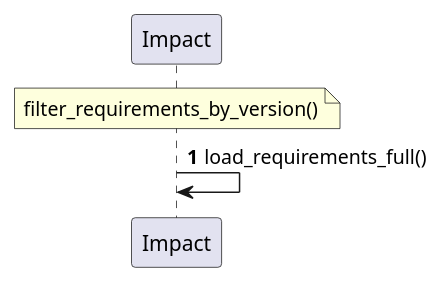
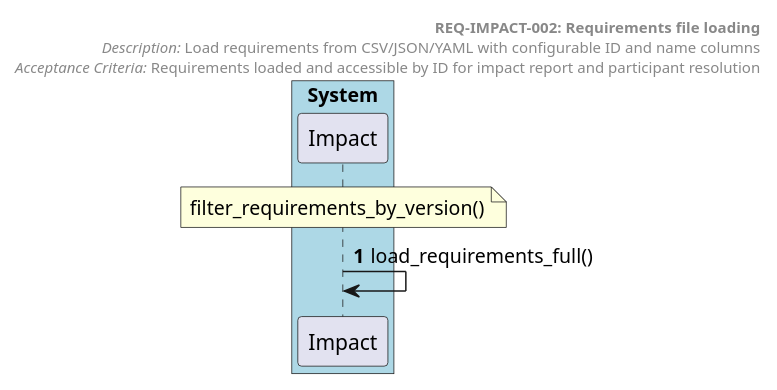
One commit to tvanfossen/doxygen-guard changed the diagram in docs/generated/sequences/REQ-IMPACT-002.puml. Above: the diagram before and after it, drawn with PlantUML. The commit also changed 18 other files, not shown here.

```diff
--- a/docs/generated/sequences/REQ-IMPACT-002.puml
+++ b/docs/generated/sequences/REQ-IMPACT-002.puml
@@ -1,10 +1,18 @@
-@startuml REQ-IMPACT-002
+@startuml REQ-IMPACT-002 Requirements file loading
 autonumber
 
-participant "Impact" as Impact
+box "System" #LightBlue
+  participant "Impact" as Impact
+end box
+
+header
+  **REQ-IMPACT-002: Requirements file loading**
+  //Description:// Load requirements from CSV/JSON/YAML with configurable ID and name columns
+  //Acceptance Criteria:// Requirements loaded and accessible by ID for impact report and participant resolution
+end header
 
 note over Impact: filter_requirements_by_version()
 
 Impact -> Impact: load_requirements_full()
 
 @enduml
```
